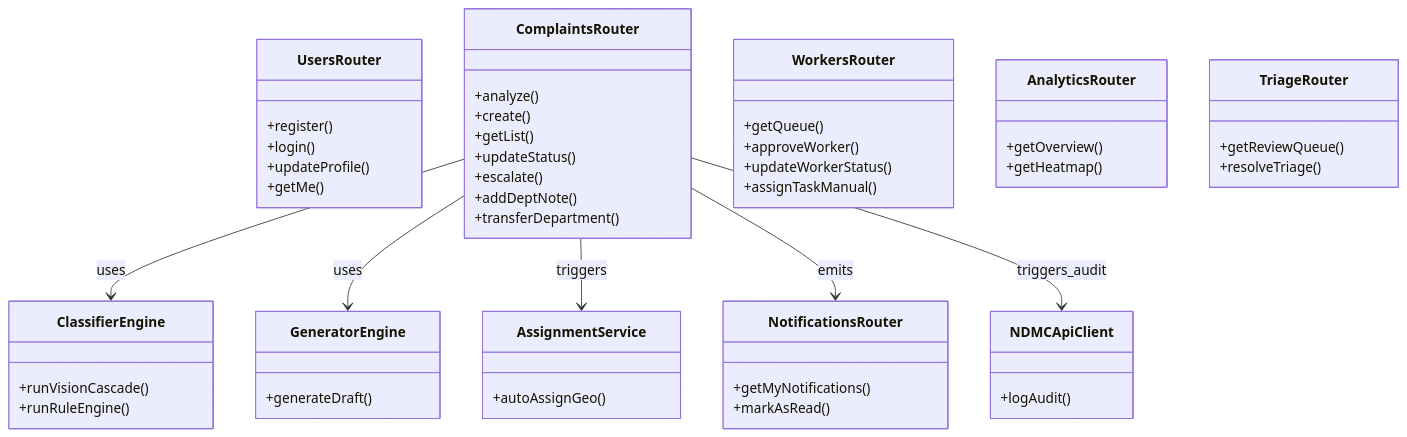
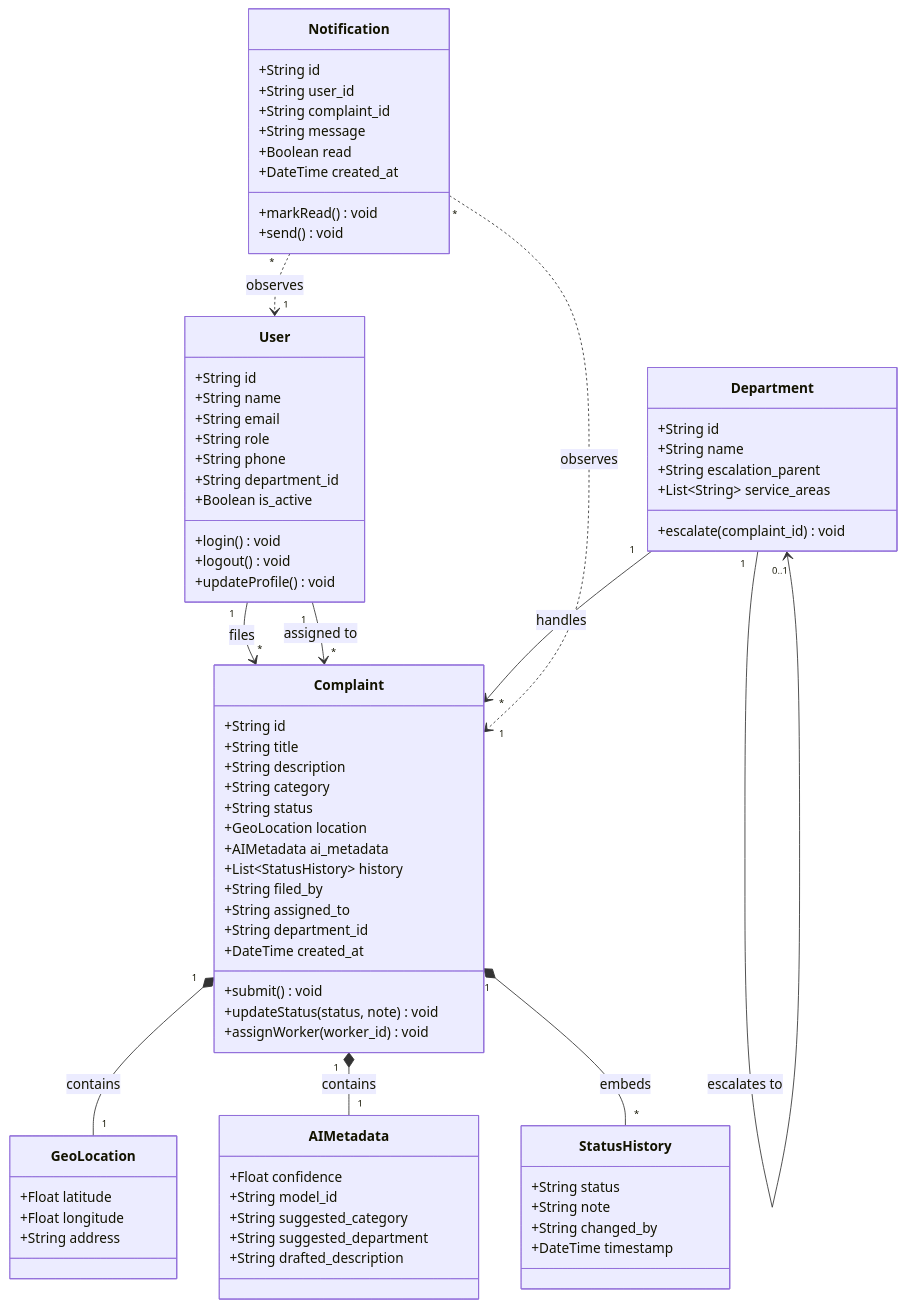
The sixth of 10 diagrams in docs/DIAGRAMS.md (ark5234/Jan-Sunwai-AI), drawn with Mermaid before and after one commit. The commit also changed other lines of this file, not shown here.

Commit message:
docs: initialize LaTeX project structure and add documentation metadata for project report

````diff
--- a/docs/DIAGRAMS.md
+++ b/docs/DIAGRAMS.md
@@ -136,55 +253,83 @@
 ```mermaid
 classDiagram
-    class UsersRouter {
-        +register()
-        +login()
-        +updateProfile()
-        +getMe()
+    class User {
+        +String id
+        +String name
+        +String email
+        +String role
+        +String phone
+        +String department_id
+        +Boolean is_active
+        +login() void
+        +logout() void
+        +updateProfile() void
     }
-    class ComplaintsRouter {
-        +analyze()
-        +create()
-        +getList()
-        +updateStatus()
-        +escalate()
-        +addDeptNote()
-        +transferDepartment()
+
+    class Complaint {
+        +String id
+        +String title
+        +String description
+        +String category
+        +String status
+        +GeoLocation location
+        +AIMetadata ai_metadata
+        +List~StatusHistory~ history
+        +String filed_by
+        +String assigned_to
+        +String department_id
+        +DateTime created_at
+        +submit() void
+        +updateStatus(status, note) void
+        +assignWorker(worker_id) void
     }
-    class WorkersRouter {
-        +getQueue()
-        +approveWorker()
-        +updateWorkerStatus()
-        +assignTaskManual()
+
+    class GeoLocation {
+        +Float latitude
+        +Float longitude
+        +String address
     }
-    class AnalyticsRouter {
-        +getOverview()
-        +getHeatmap()
+
+    class AIMetadata {
+        +Float confidence
+        +String model_id
+        +String suggested_category
+        +String suggested_department
+        +String drafted_description
     }
-    class TriageRouter {
-        +getReviewQueue()
-        +resolveTriage()
+
+    class StatusHistory {
+        +String status
+        +String note
+        +String changed_by
+        +DateTime timestamp
     }
-    class NotificationsRouter {
-        +getMyNotifications()
-        +markAsRead()
+
+    class Department {
+        +String id
+        +String name
+        +String escalation_parent
+        +List~String~ service_areas
+        +escalate(complaint_id) void
     }
-    class ClassifierEngine {
-        +runVisionCascade()
-        +runRuleEngine()
+
+    class Notification {
+        +String id
+        +String user_id
+        +String complaint_id
+        +String message
+        +Boolean read
+        +DateTime created_at
+        +markRead() void
+        +send() void
     }
-    class GeneratorEngine {
-        +generateDraft()
-    }
-    class NDMCApiClient {
-        +logAudit()
-    }
-    class AssignmentService {
-        +autoAssignGeo()
-    }
-    
-    ComplaintsRouter --> ClassifierEngine : uses
-    ComplaintsRouter --> GeneratorEngine : uses
-    ComplaintsRouter --> AssignmentService : triggers
-    ComplaintsRouter --> NotificationsRouter : emits
-    ComplaintsRouter --> NDMCApiClient : triggers_audit
+
+    Complaint "1" *-- "1" GeoLocation : contains
+    Complaint "1" *-- "1" AIMetadata : contains
+    Complaint "1" *-- "*" StatusHistory : embeds
+    User "1" --> "*" Complaint : files
+    User "1" --> "*" Complaint : assigned to
+    Department "1" --> "*" Complaint : handles
+    Department "1" --> "0..1" Department : escalates to
+    Notification "*" ..> "1" User : observes
+    Notification "*" ..> "1" Complaint : observes
 ```
````
